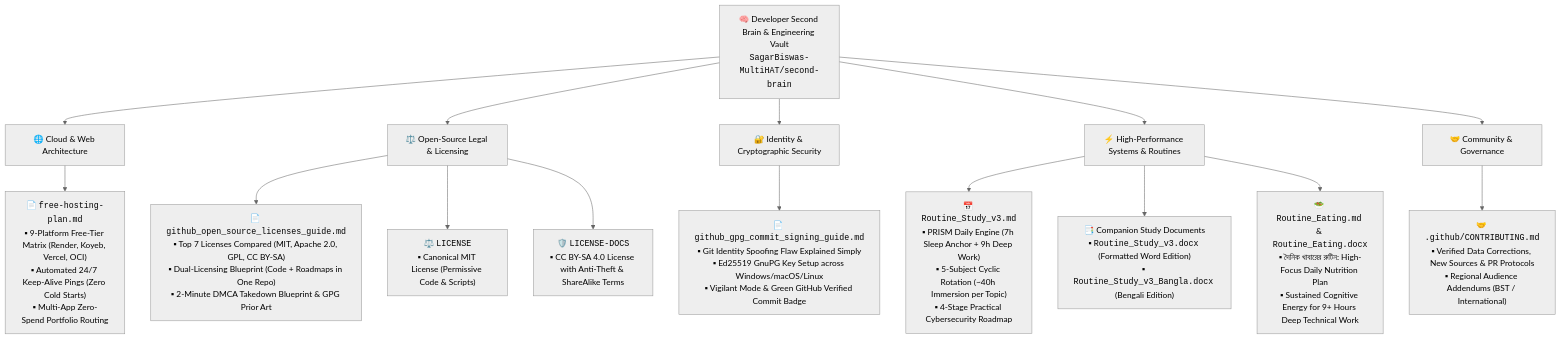
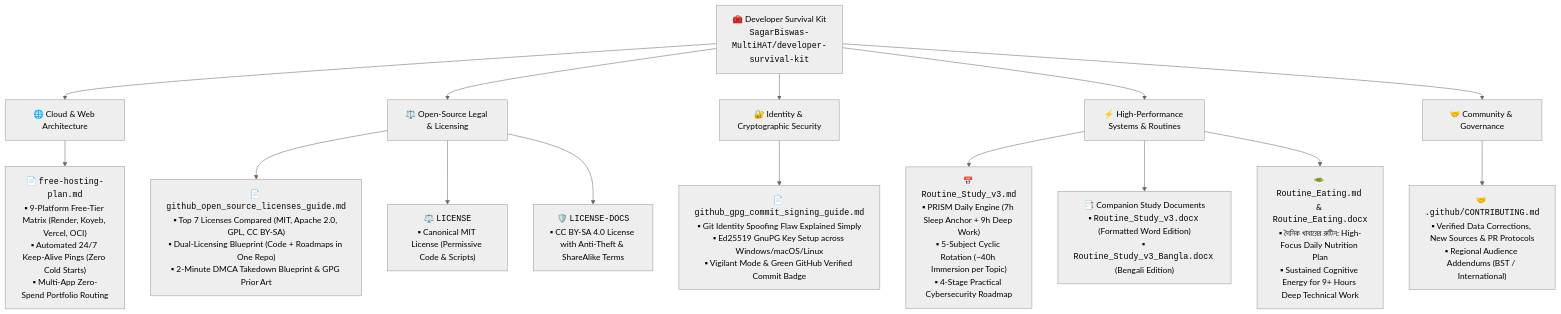
Before and after one commit to SagarBiswas-MultiHAT/developer-survival-kit: the diagram in README.md, drawn with Mermaid (neutral theme). The commit also changed other lines of this file and 7 other files, not shown here.

First line of the commit message:
refactor: rebrand to developer-survival-kit and harmonize catalog

````diff
--- a/README.md
+++ b/README.md
@@ -92,30 +92,30 @@
 ```mermaid
 %%{init: {'flowchart': {'wrappingWidth': 170}}}%%
 flowchart TD
-    Vault["🧠 Developer Second Brain & Engineering Vault<br/><code>SagarBiswas-MultiHAT/second-brain</code>"]
+    Vault["🧰 Developer Survival Kit<br/><code>SagarBiswas-MultiHAT/developer-survival-kit</code>"]
 
     Vault --> Cloud["🌐 Cloud & Web Architecture"]
     Vault --> Legal["⚖️ Open-Source Legal & Licensing"]
     Vault --> Sec["🔐 Identity & Cryptographic Security"]
     Vault --> Execution["⚡ High-Performance Systems & Routines"]
     Vault --> Gov["🤝 Community & Governance"]
 
     %% Cloud Branch
     Cloud --> F_Hosting["📄 <code>free-hosting-plan.md</code><br/>▪ 9-Platform Free-Tier Matrix (Render, Koyeb, Vercel, OCI)<br/>▪ Automated 24/7 Keep-Alive Pings (Zero Cold Starts)<br/>▪ Multi-App Zero-Spend Portfolio Routing"]
 
     %% Legal Branch
     Legal --> F_LicenseGuide["📄 <code>github_open_source_licenses_guide.md</code><br/>▪ Top 7 Licenses Compared (MIT, Apache 2.0, GPL, CC BY-SA)<br/>▪ Dual-Licensing Blueprint (Code + Roadmaps in One Repo)<br/>▪ 2-Minute DMCA Takedown Blueprint & GPG Prior Art"]
     Legal --> F_MIT["⚖️ <code>LICENSE</code><br/>▪ Canonical MIT License (Permissive Code & Scripts)"]
     Legal --> F_CC["🛡️ <code>LICENSE-DOCS</code><br/>▪ CC BY-SA 4.0 License with Anti-Theft & ShareAlike Terms"]
 
     %% Security Branch
     Sec --> F_GPG["📄 <code>github_gpg_commit_signing_guide.md</code><br/>▪ Git Identity Spoofing Flaw Explained Simply<br/>▪ Ed25519 GnuPG Key Setup across Windows/macOS/Linux<br/>▪ Vigilant Mode & Green GitHub Verified Commit Badge"]
 
     %% Execution Branch
     Execution --> F_Study["📅 <code>Routine_Study_v3.md</code><br/>▪ PRISM Daily Engine (7h Sleep Anchor + 9h Deep Work)<br/>▪ 5-Subject Cyclic Rotation (~40h Immersion per Topic)<br/>▪ 4-Stage Practical Cybersecurity Roadmap"]
     Execution --> F_StudyDocs["📑 Companion Study Documents<br/>▪ <code>Routine_Study_v3.docx</code> (Formatted Word Edition)<br/>▪ <code>Routine_Study_v3_Bangla.docx</code> (Bengali Edition)"]
     Execution --> F_Eating["🥗 <code>Routine_Eating.md</code> & <code>Routine_Eating.docx</code><br/>▪ দৈনিক খাবারের রুটিন: High-Focus Daily Nutrition Plan<br/>▪ Sustained Cognitive Energy for 9+ Hours Deep Technical Work"]
 
     %% Governance Branch
     Gov --> F_Contrib["🤝 <code>.github/CONTRIBUTING.md</code><br/>▪ Verified Data Corrections, New Sources & PR Protocols<br/>▪ Regional Audience Addendums (BST / International)"]
 ```
````
